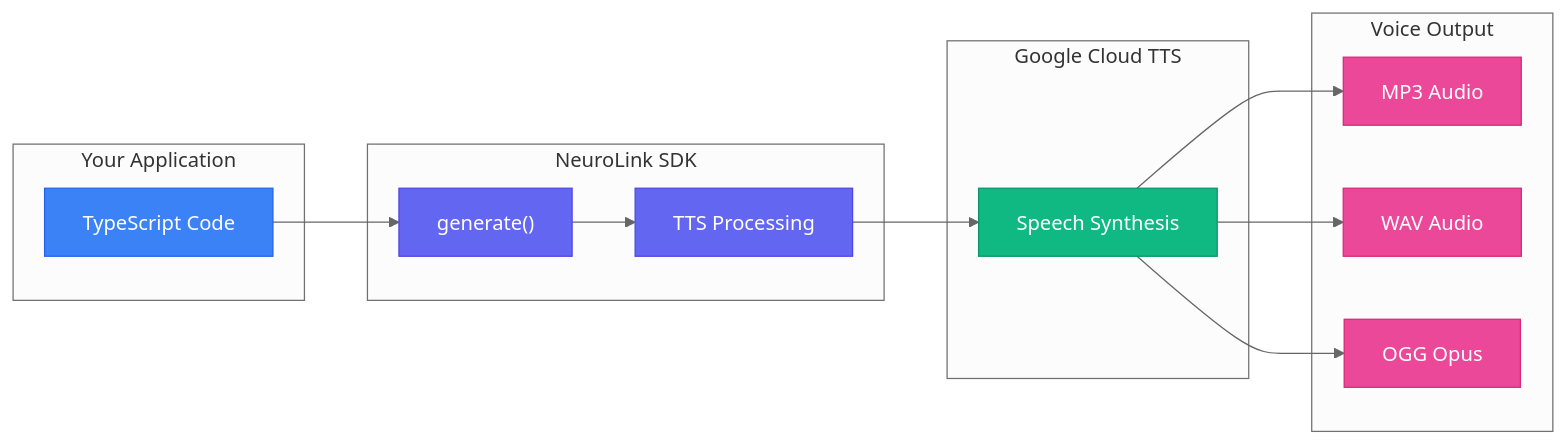
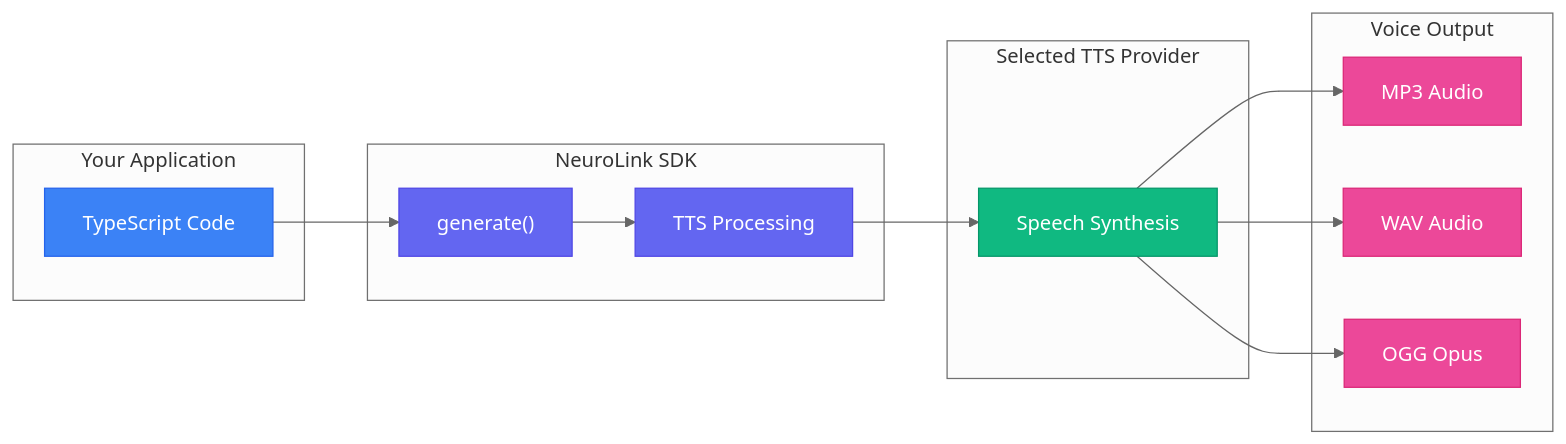
One commit to juspay/neurolink-blog changed the fourth of 4 diagrams in _posts/2025-12-20-tts-integration-guide.md. Above: the diagram before and after it, drawn with Mermaid (neutral theme). The commit also changed other lines of this file and 172 other files, not shown here.

````diff
--- a/_posts/2025-12-20-tts-integration-guide.md
+++ b/_posts/2025-12-20-tts-integration-guide.md
@@ -696,34 +700,34 @@
 ```mermaid
 flowchart LR
     subgraph Your["Your Application"]
         App["TypeScript Code"]
     end
 
     subgraph SDK["NeuroLink SDK"]
         GEN["generate()"]
         PROC["TTS Processing"]
     end
 
-    subgraph Google["Google Cloud TTS"]
+    subgraph Provider["Selected TTS Provider"]
         SYNTH["Speech Synthesis"]
     end
 
     subgraph Output["Voice Output"]
         MP3["MP3 Audio"]
         WAV["WAV Audio"]
         OGG["OGG Opus"]
     end
 
     App --> GEN
     GEN --> PROC
     PROC --> SYNTH
     SYNTH --> MP3 & WAV & OGG
 
     style App fill:#3b82f6,stroke:#2563eb,color:#fff
     style GEN fill:#6366f1,stroke:#4f46e5,color:#fff
     style PROC fill:#6366f1,stroke:#4f46e5,color:#fff
     style SYNTH fill:#10b981,stroke:#059669,color:#fff
     style MP3 fill:#ec4899,stroke:#db2777,color:#fff
     style WAV fill:#ec4899,stroke:#db2777,color:#fff
     style OGG fill:#ec4899,stroke:#db2777,color:#fff
 ```
````
